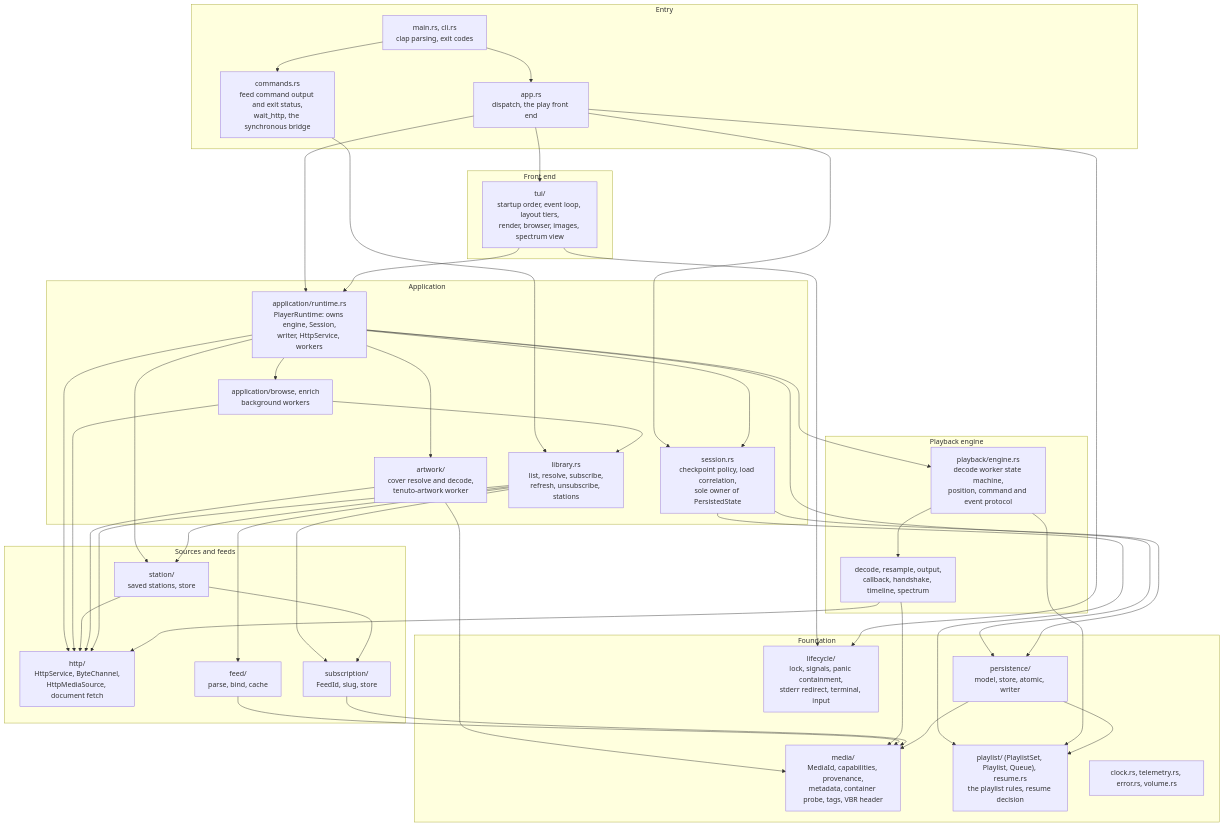
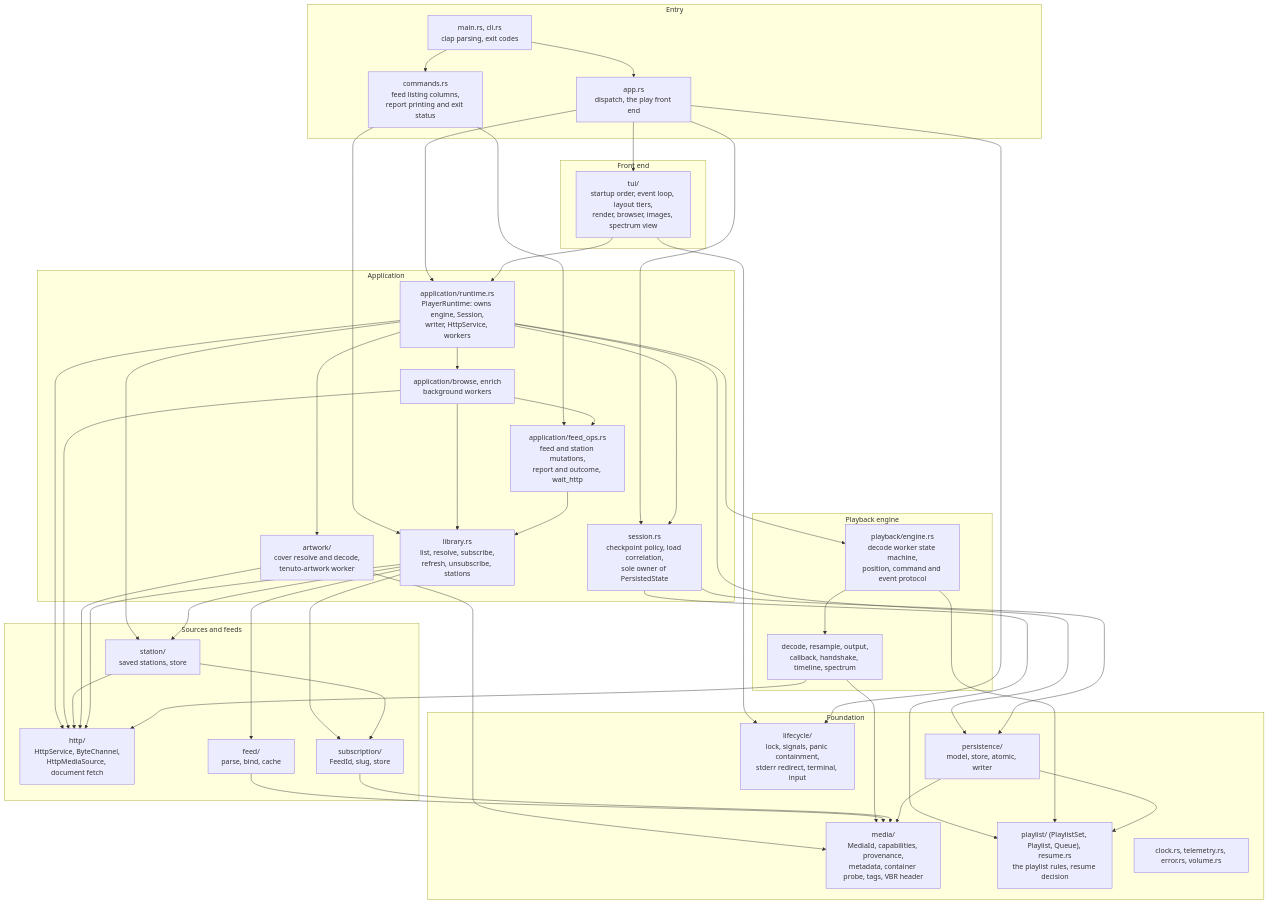
The third of 5 diagrams in docs/architecture.md (alvytsk/tenuto), drawn with Mermaid before and after one commit. The commit also changed other lines of this file and 5 other files, not shown here.

Commit message:
docs(m9): feed operations shipped; architecture, changelog and acceptance record

````diff
--- a/docs/architecture.md
+++ b/docs/architecture.md
@@ -109,77 +109,81 @@
 ```mermaid
 flowchart TB
     subgraph entry["Entry"]
         main["main.rs, cli.rs<br/>clap parsing, exit codes"]
         app["app.rs<br/>dispatch, the play front end"]
-        commands["commands.rs<br/>feed command output and exit status,<br/>wait_http, the synchronous bridge"]
+        commands["commands.rs<br/>feed listing columns,<br/>report printing and exit status"]
     end
 
     subgraph front["Front end"]
         tui["tui/<br/>startup order, event loop, layout tiers,<br/>render, browser, images, spectrum view"]
     end
 
     subgraph appl["Application"]
         runtime["application/runtime.rs<br/>PlayerRuntime: owns engine, Session,<br/>writer, HttpService, workers"]
         session["session.rs<br/>checkpoint policy, load correlation,<br/>sole owner of PersistedState"]
         library["library.rs<br/>list, resolve, subscribe,<br/>refresh, unsubscribe, stations"]
+        feed_ops["application/feed_ops.rs<br/>feed and station mutations,<br/>report and outcome, wait_http"]
         workers["application/browse, enrich<br/>background workers"]
         artwork["artwork/<br/>cover resolve and decode,<br/>tenuto-artwork worker"]
     end
 
     subgraph engine["Playback engine"]
         eng["playback/engine.rs<br/>decode worker state machine,<br/>position, command and event protocol"]
         pipe["decode, resample, output,<br/>callback, handshake, timeline, spectrum"]
     end
 
     subgraph sources["Sources and feeds"]
         http["http/<br/>HttpService, ByteChannel,<br/>HttpMediaSource, document fetch"]
         feed["feed/<br/>parse, bind, cache"]
         subscr["subscription/<br/>FeedId, slug, store"]
         station["station/<br/>saved stations, store"]
     end
 
     subgraph base["Foundation"]
         media["media/<br/>MediaId, capabilities, provenance,<br/>metadata, container probe, tags, VBR header"]
         persist["persistence/<br/>model, store, atomic, writer"]
         queue["playlist/ (PlaylistSet, Playlist, Queue), resume.rs<br/>the playlist rules, resume decision"]
         lifecycle["lifecycle/<br/>lock, signals, panic containment,<br/>stderr redirect, terminal, input"]
         clock["clock.rs, telemetry.rs, error.rs, volume.rs"]
     end
 
     main --> app
     main --> commands
     app --> tui
     app --> runtime
     app --> session
     commands --> library
+    commands --> feed_ops
     tui --> runtime
     runtime --> session
     runtime --> eng
     runtime --> http
     runtime --> workers
     runtime --> artwork
     runtime --> station
     runtime --> persist
     workers --> library
+    workers --> feed_ops
+    feed_ops --> library
     workers --> http
     session --> queue
     session --> persist
     library --> feed
     library --> subscr
     library --> station
     station --> subscr
     station --> http
     artwork --> http
     artwork --> media
     library --> http
     eng --> pipe
     eng --> queue
     pipe --> http
     pipe --> media
     feed --> media
     subscr --> media
     persist --> media
     persist --> queue
     tui --> lifecycle
     app --> lifecycle
 ```
````
